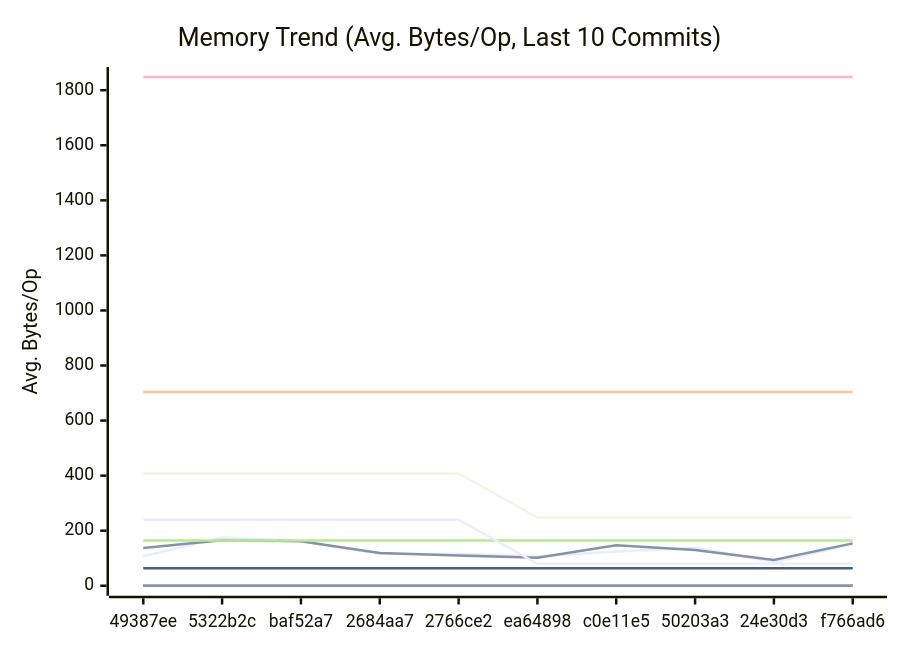
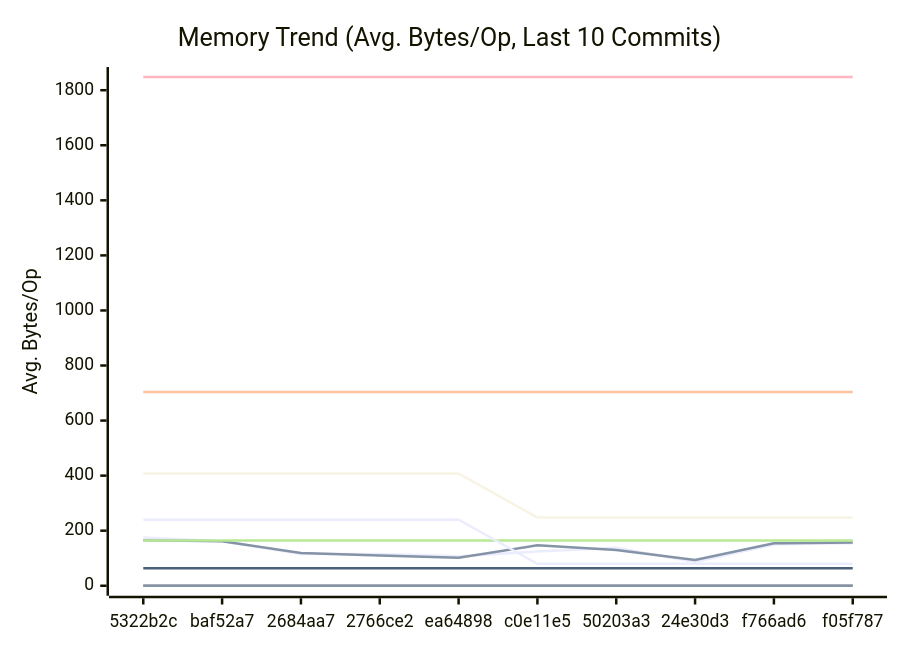
Before and after one commit to alsotoes/momo: the second of 3 diagrams in docs/PERFORMANCE.md, drawn with Mermaid. The commit also changed other lines of this file and 3 other files, not shown here.

````diff
--- a/docs/PERFORMANCE.md
+++ b/docs/PERFORMANCE.md
@@ -171,20 +171,20 @@
 ```mermaid
 xychart-beta
     title "Memory Trend (Avg. Bytes/Op, Last 10 Commits)"
     x-axis "Commit"
     y-axis "Avg. Bytes/Op"
-    x-axis [49387ee,5322b2c,baf52a7,2684aa7,2766ce2,ea64898,c0e11e5,50203a3,24e30d3,f766ad6]
-    line "AWSChunkedReaderSigned" [107,175,162,115,115,107,124,138,86,150]
-    line "AWSChunkedReaderUnsigned" [137,165,162,119,110,102,147,130,94,154]
+    x-axis [5322b2c,baf52a7,2684aa7,2766ce2,ea64898,c0e11e5,50203a3,24e30d3,f766ad6,f05f787]
+    line "AWSChunkedReaderSigned" [175,162,115,115,107,124,138,86,150,154]
+    line "AWSChunkedReaderUnsigned" [165,162,119,110,102,147,130,94,154,157]
     line "CheckMetricsAndSwap" [0,0,0,0,0,0,0,0,0,0]
     line "CrushOptimized" [0,0,0,0,0,0,0,0,0,0]
     line "CrushOriginal" [164,164,164,164,164,164,164,164,164,164]
     line "IndexDirectTracking" [0,0,0,0,0,0,0,0,0,0]
     line "IndexSearch" [0,0,0,0,0,0,0,0,0,0]
     line "LoadGlobalConfig" [1848,1848,1848,1848,1848,1848,1848,1848,1848,1848]
     line "PadString" [64,64,64,64,64,64,64,64,64,64]
     line "ParseReplicationOrder_NoPrealloc" [408,408,408,408,408,248,248,248,248,248]
     line "ParseReplicationOrder_Prealloc" [240,240,240,240,240,80,80,80,80,80]
     line "SanitizeLog/Safe" [0,0,0,0,0,0,0,0,0,0]
     line "SanitizeLog/Unsafe" [704,704,704,704,704,704,704,704,704,704]
 ```
````
